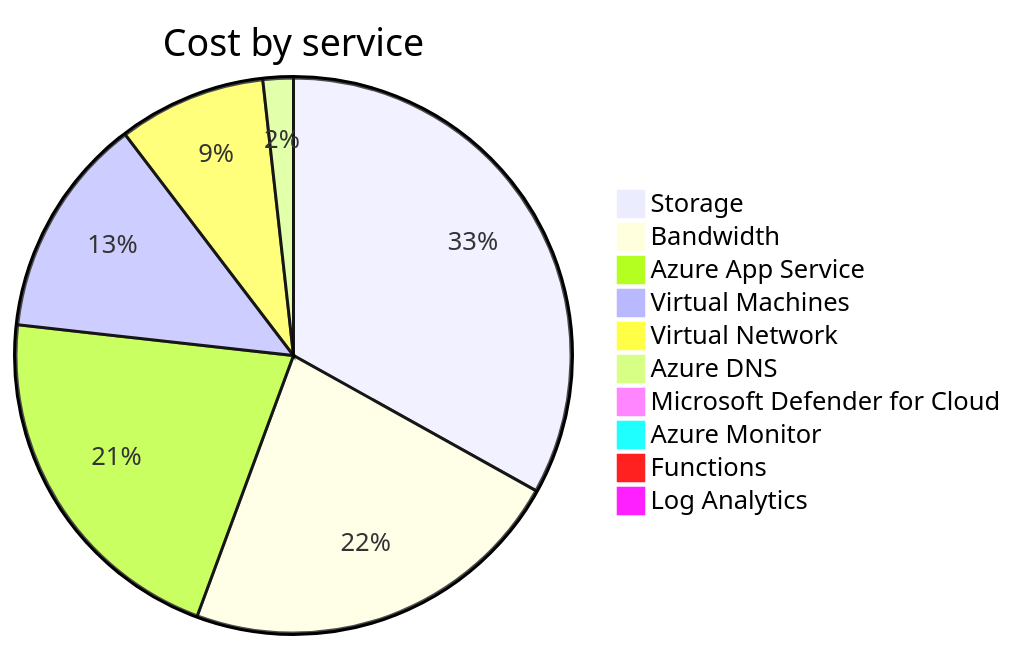
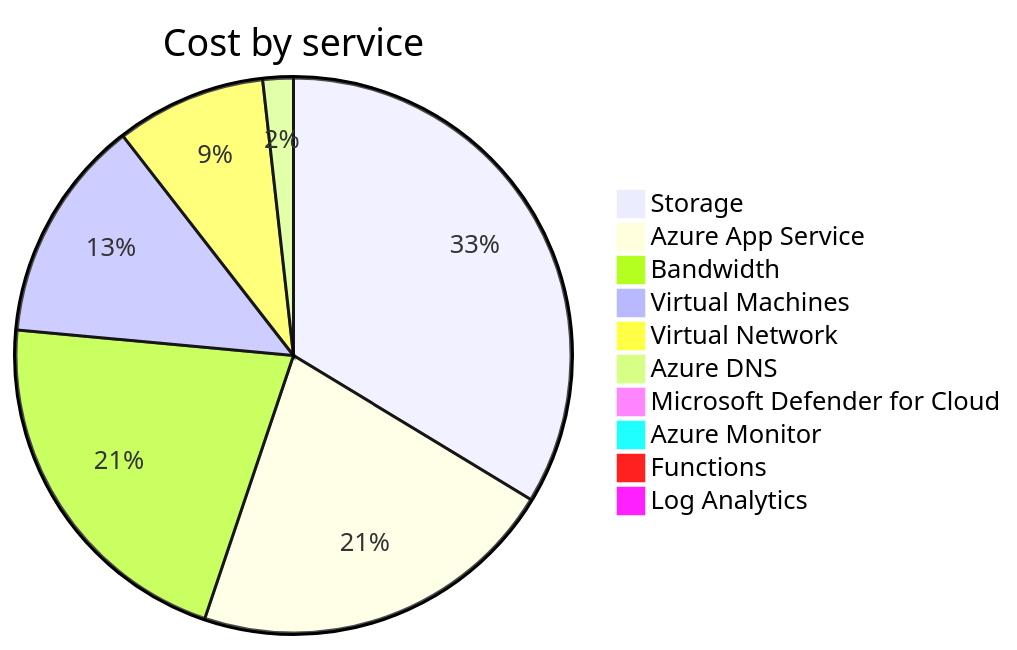
The second of 4 diagrams in cost-reports/accumulated-cost.md (jpfulton/azure-personal-reports), drawn with Mermaid before and after one commit. The commit also changed other lines of this file and 4 other files, not shown here.

````diff
--- a/cost-reports/accumulated-cost.md
+++ b/cost-reports/accumulated-cost.md
@@ -100,14 +100,14 @@
 ```mermaid
 pie
    title Cost by service
-   "Storage" : 11.98
+   "Storage" : 12.91
+   "Azure App Service" : 8.24
    "Bandwidth" : 8.16
-   "Azure App Service" : 7.65
-   "Virtual Machines" : 4.66
-   "Virtual Network" : 3.11
-   "Azure DNS" : 0.64
-   "Microsoft Defender for Cloud" : 0.31
+   "Virtual Machines" : 4.99
+   "Virtual Network" : 3.35
+   "Azure DNS" : 0.68
+   "Microsoft Defender for Cloud" : 0.33
    "Azure Monitor" : 0.00
    "Functions" : 0.00
    "Log Analytics" : 0.00
 ```
````
